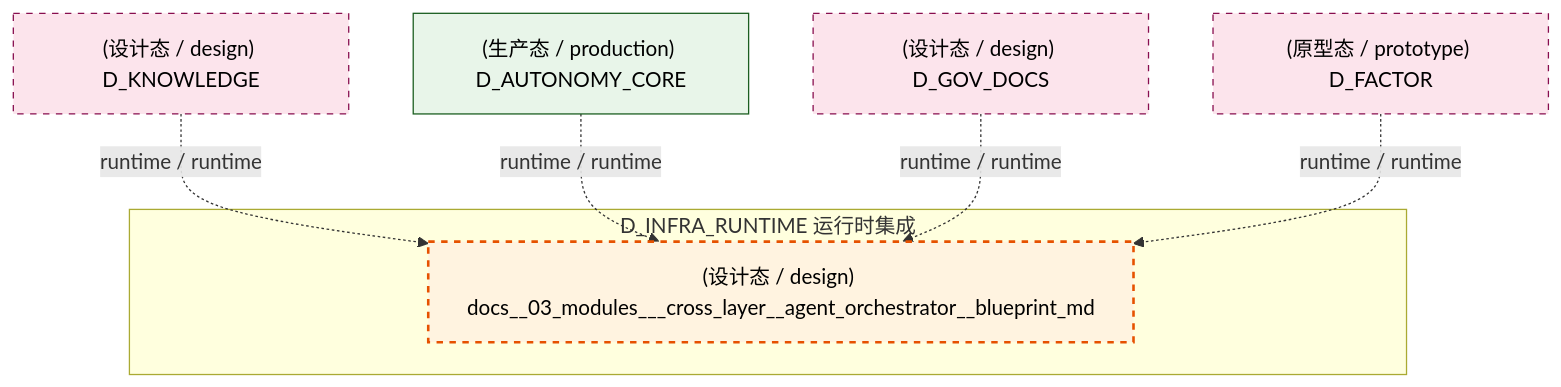
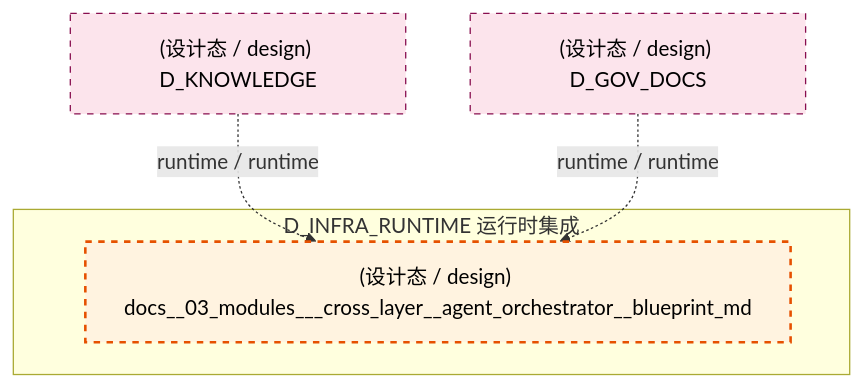
One commit to xuanFelixVan/ZephyrAlpha changed the eighth of 10 diagrams in docs/02_enterprise_architecture/02_domain_architecture_docs/04_d_infra_runtime.md. Above: the diagram before and after it, drawn with Mermaid. The commit also changed other lines of this file and 105 other files, not shown here.

````diff
--- a/docs/02_enterprise_architecture/02_domain_architecture_docs/04_d_infra_runtime.md
+++ b/docs/02_enterprise_architecture/02_domain_architecture_docs/04_d_infra_runtime.md
@@ -1040,21 +1040,16 @@
 ```mermaid
 graph TD
     subgraph D_INFRA_RUNTIME["D_INFRA_RUNTIME 运行时集成"]
         docs_03_modules_cross_layer_agent_orchestrator_blueprint_md["(设计态 / design) docs__03_modules___cross_layer__agent_orchestrator__blueprint_md"]
     end
     D_KNOWLEDGE["(设计态 / design) D_KNOWLEDGE"]
     D_KNOWLEDGE -.->|runtime / runtime| docs_03_modules_cross_layer_agent_orchestrator_blueprint_md
-    D_AUTONOMY_CORE["(生产态 / production) D_AUTONOMY_CORE"]
-    D_AUTONOMY_CORE -.->|runtime / runtime| docs_03_modules_cross_layer_agent_orchestrator_blueprint_md
     D_GOV_DOCS["(设计态 / design) D_GOV_DOCS"]
     D_GOV_DOCS -.->|runtime / runtime| docs_03_modules_cross_layer_agent_orchestrator_blueprint_md
-    D_FACTOR["(原型态 / prototype) D_FACTOR"]
-    D_FACTOR -.->|runtime / runtime| docs_03_modules_cross_layer_agent_orchestrator_blueprint_md
     classDef production fill:#e1f5fe,stroke:#01579b,stroke-width:2px,color:#000
     classDef design fill:#fff3e0,stroke:#e65100,stroke-width:2px,color:#000,stroke-dasharray: 5 5
     classDef external_prod fill:#e8f5e9,stroke:#1b5e20,stroke-width:1px,color:#000
     classDef external_design fill:#fce4ec,stroke:#880e4f,stroke-width:1px,color:#000,stroke-dasharray: 5 5
     class docs_03_modules_cross_layer_agent_orchestrator_blueprint_md design
-    class D_AUTONOMY_CORE external_prod
-    class D_KNOWLEDGE,D_GOV_DOCS,D_FACTOR external_design
+    class D_KNOWLEDGE,D_GOV_DOCS external_design
 ```
````
